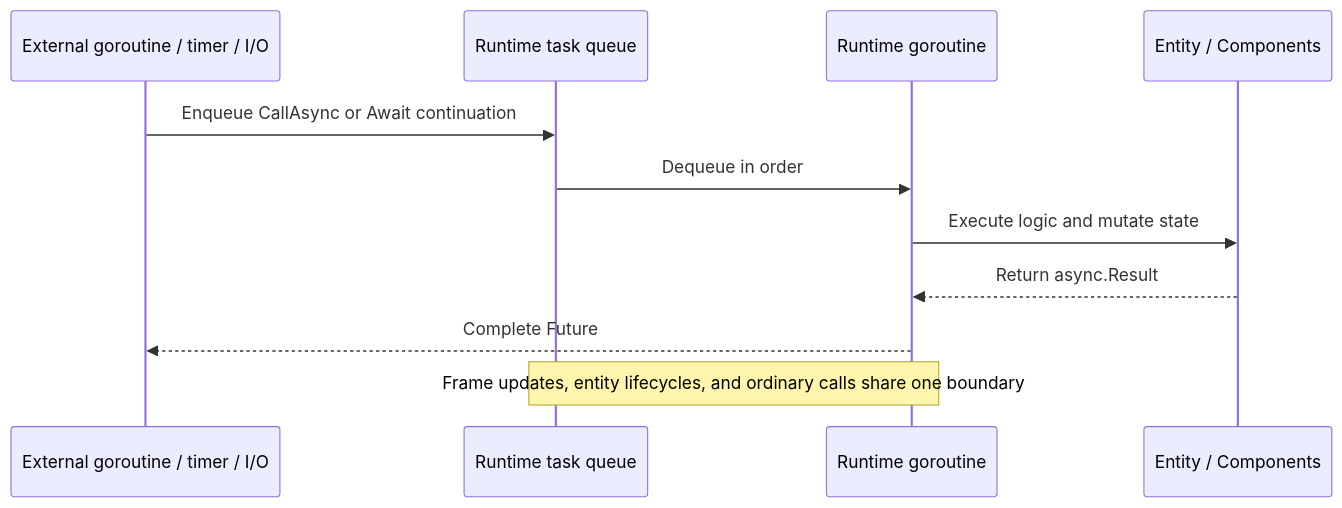
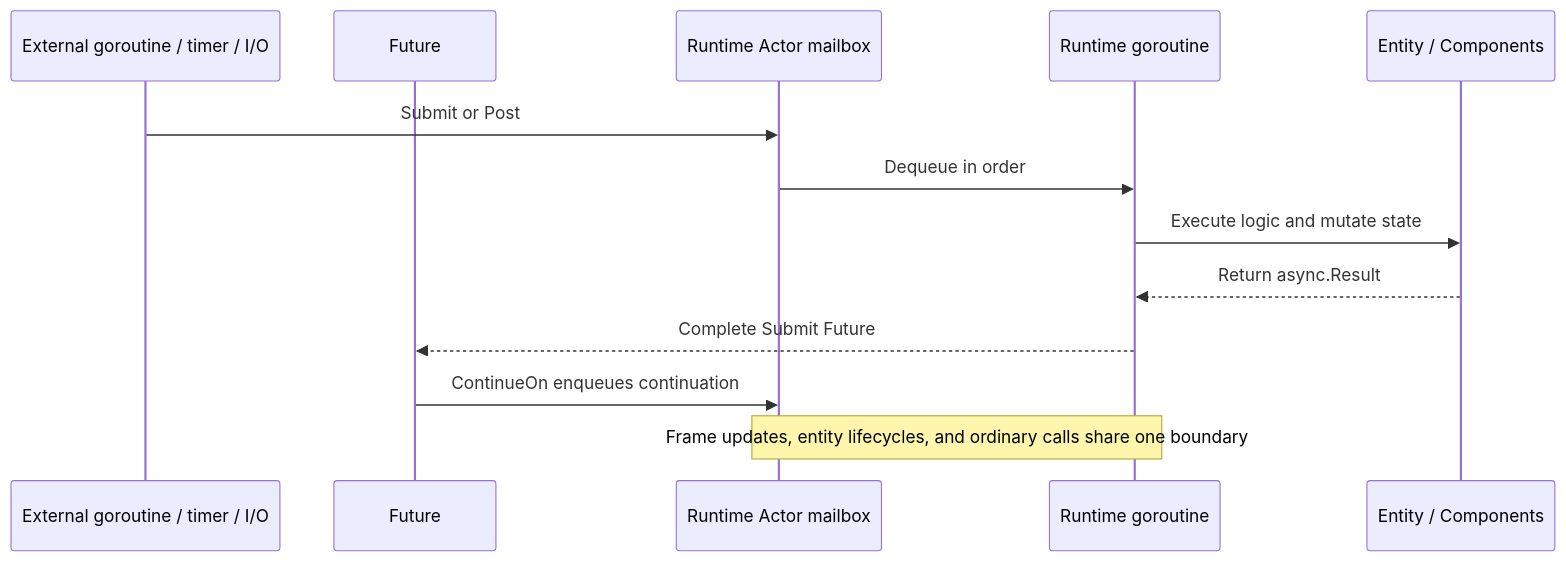
One commit to pangdogs/core changed the second of 3 diagrams in README.md. Above: the diagram before and after it, drawn with Mermaid. The commit also changed other lines of this file and 50 other files, not shown here.

````diff
--- a/README.md
+++ b/README.md
@@ -116,13 +125,15 @@
 ```mermaid
 sequenceDiagram
     participant Source as External goroutine / timer / I/O
-    participant Queue as Runtime task queue
+    participant ResultFuture as Future
+    participant Queue as Runtime Actor mailbox
     participant RuntimeLoop as Runtime goroutine
     participant Model as Entity / Components
-    Source->>Queue: Enqueue CallAsync or Await continuation
+    Source->>Queue: Submit or Post
     Queue->>RuntimeLoop: Dequeue in order
     RuntimeLoop->>Model: Execute logic and mutate state
     Model-->>RuntimeLoop: Return async.Result
-    RuntimeLoop-->>Source: Complete Future
+    RuntimeLoop-->>ResultFuture: Complete Submit Future
+    ResultFuture->>Queue: ContinueOn enqueues continuation
     Note over Queue,RuntimeLoop: Frame updates, entity lifecycles, and ordinary calls share one boundary
 ```
````
